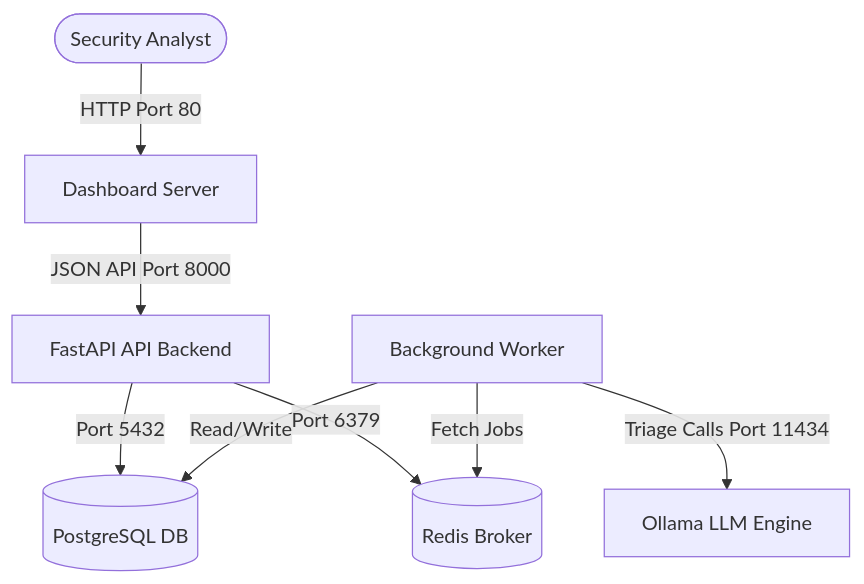
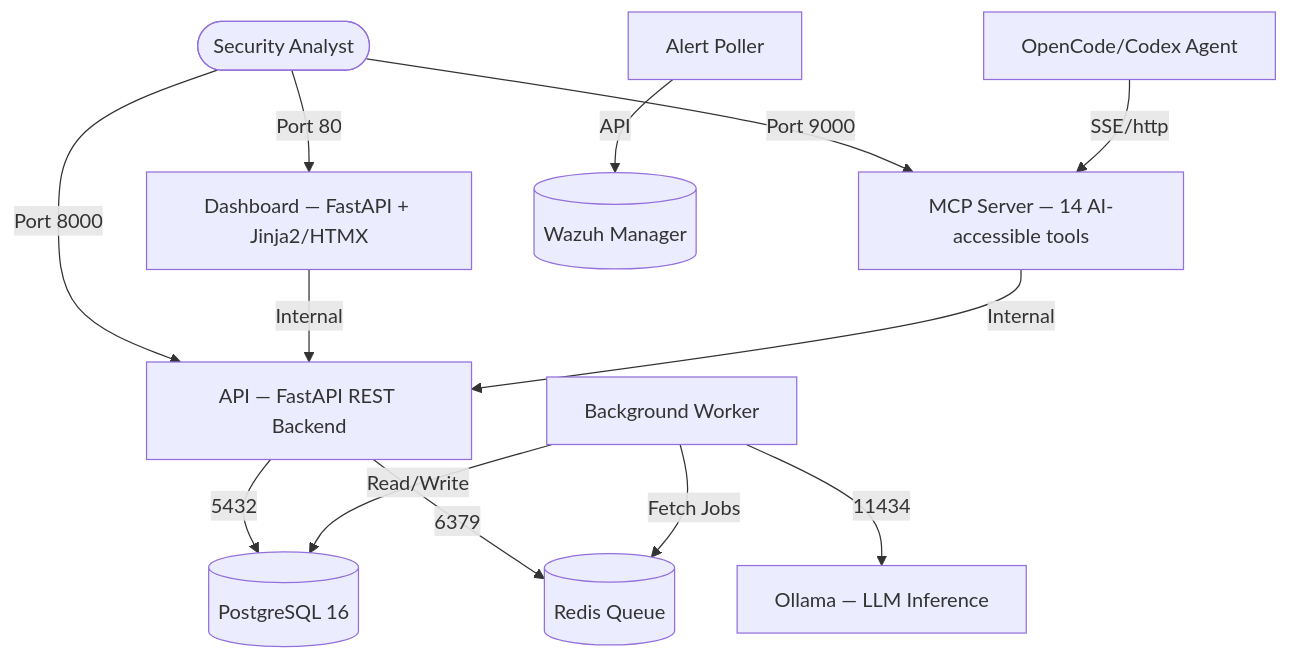
One commit to shubham-landge/unified-wazuh-platform changed the diagram in docs/DEPLOYMENT-GUIDE.md. Above: the diagram before and after it, drawn with Mermaid. The commit also changed other lines of this file and 1 other file, not shown here.

Commit message:
docs: update deployment guide and ec2-setup.sh with current architecture, models, MCP, and tiering

````diff
--- a/docs/DEPLOYMENT-GUIDE.md
+++ b/docs/DEPLOYMENT-GUIDE.md
@@ -11,10 +9,15 @@
 ```mermaid
 graph TD
-    User([Security Analyst]) -->|HTTP Port 80| Dash[Dashboard Server]
-    Dash -->|JSON API Port 8000| API[FastAPI API Backend]
-    API -->|Port 5432| DB[(PostgreSQL DB)]
-    API -->|Port 6379| Redis[(Redis Broker)]
+    User([Security Analyst]) -->|Port 80| Dash[Dashboard — FastAPI + Jinja2/HTMX]
+    User -->|Port 8000| API[API — FastAPI REST Backend]
+    User -->|Port 9000| MCP[MCP Server — 14 AI-accessible tools]
+    Codex[OpenCode/Codex Agent] -->|SSE/http| MCP
+    Dash -->|Internal| API
+    API -->|5432| DB[(PostgreSQL 16)]
+    API -->|6379| Redis[(Redis Queue)]
     Worker[Background Worker] -->|Fetch Jobs| Redis
     Worker -->|Read/Write| DB
-    Worker -->|Triage Calls Port 11434| Ollama[Ollama LLM Engine]
+    Worker -->|11434| Ollama[Ollama — LLM Inference]
+    MCP -->|Internal| API
+    Poller[Alert Poller] -->|API| Wazuh[(Wazuh Manager)]
 ```
````
